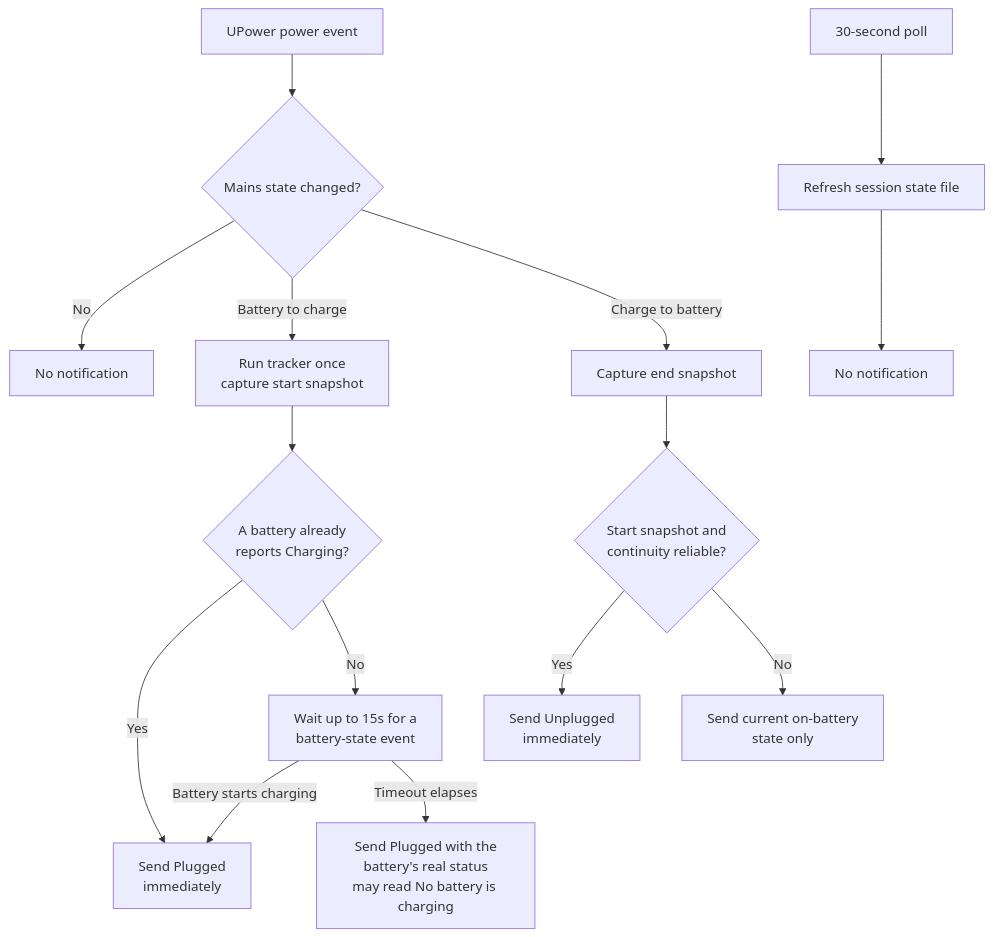
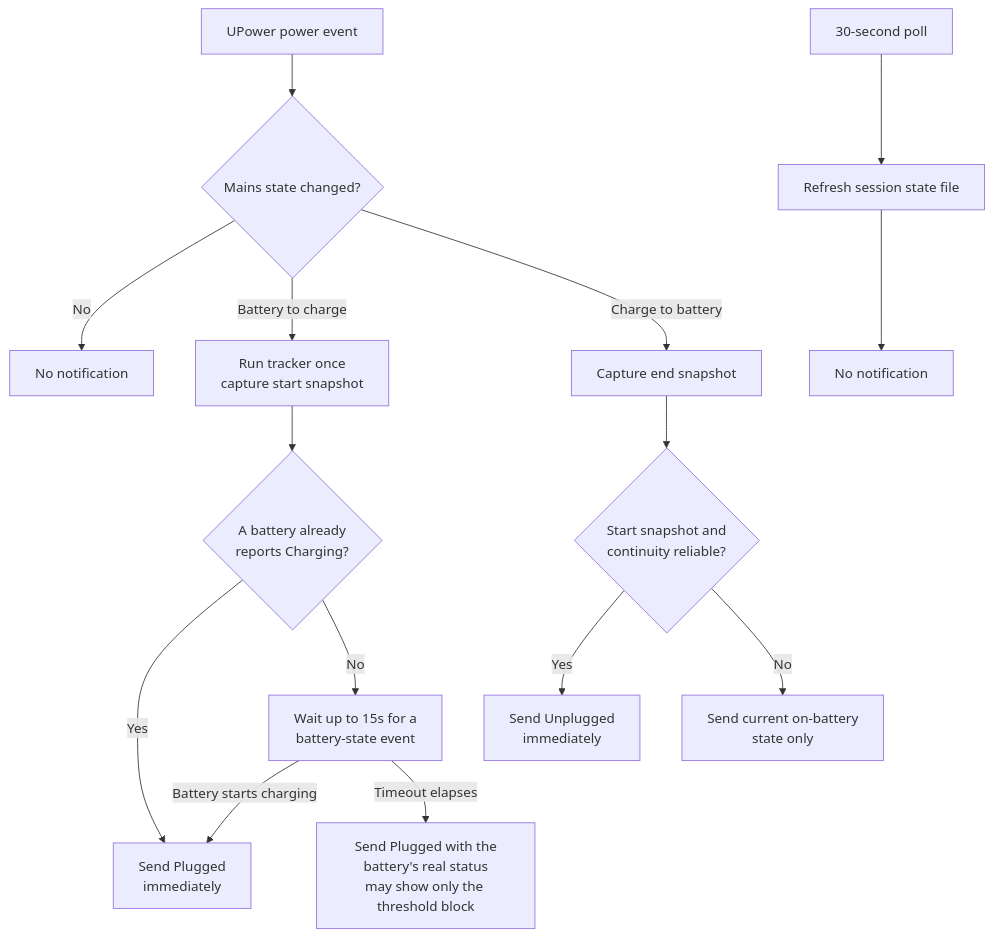
One commit to pradyumnac/omarchy-battery-monitor-plugin changed the diagram in docs/charging-session-experience.md. Above: the diagram before and after it, drawn with Mermaid. The commit also changed other lines of this file and 6 other files, not shown here.

First line of the commit message:
Fix charge-threshold notification, present-file detection, and short-plug docs

````diff
--- a/docs/charging-session-experience.md
+++ b/docs/charging-session-experience.md
@@ -100,18 +111,18 @@
 ```mermaid
 flowchart TD
     event[UPower power event] --> changed{Mains state changed?}
     changed -- No --> quiet[No notification]
     changed -- Battery to charge --> once[Run tracker once<br/>capture start snapshot]
     once --> confirmed{A battery already<br/>reports Charging?}
     confirmed -- Yes --> plug[Send Plugged<br/>immediately]
     confirmed -- No --> wait[Wait up to 15s for a<br/>battery-state event]
     wait -- Battery starts charging --> plug
-    wait -- Timeout elapses --> plugFallback[Send Plugged with the<br/>battery's real status<br/>may read No battery is charging]
+    wait -- Timeout elapses --> plugFallback[Send Plugged with the<br/>battery's real status<br/>may show only the threshold block]
     changed -- Charge to battery --> finish[Capture end snapshot]
     finish --> reliable{Start snapshot and<br/>continuity reliable?}
     reliable -- Yes --> unplug[Send Unplugged<br/>immediately]
     reliable -- No --> current[Send current on-battery<br/>state only]
 
     poll[30-second poll] --> refresh[Refresh session state file]
     refresh --> never[No notification]
 ```
````
